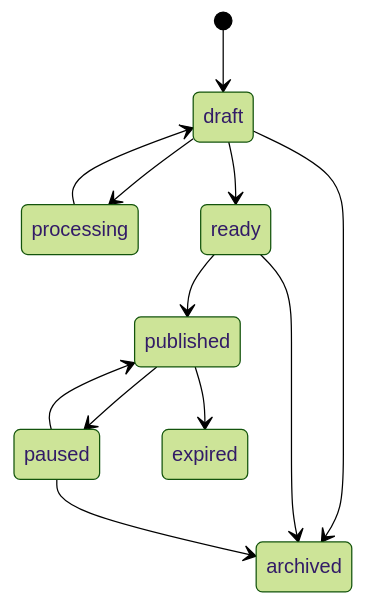
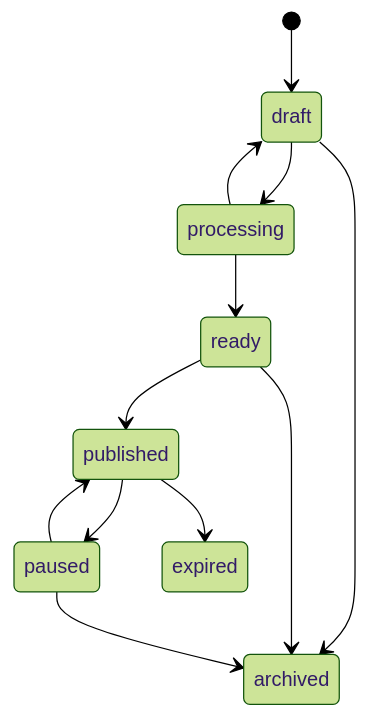
The second of 3 diagrams in backend/docs/API_SPEC.md (Trudy2645/AI-Builder-Sprint), drawn with Mermaid (forest theme) before and after one commit. The commit also changed other lines of this file and 13 other files, not shown here.

````diff
--- a/backend/docs/API_SPEC.md
+++ b/backend/docs/API_SPEC.md
@@ -175,14 +175,14 @@
 ```mermaid
 stateDiagram-v2
     [*] --> draft
     draft --> processing
+    processing --> ready
     processing --> draft
-    draft --> ready
     ready --> published
     published --> paused
     paused --> published
     published --> expired
     draft --> archived
     ready --> archived
     paused --> archived
 ```
````
